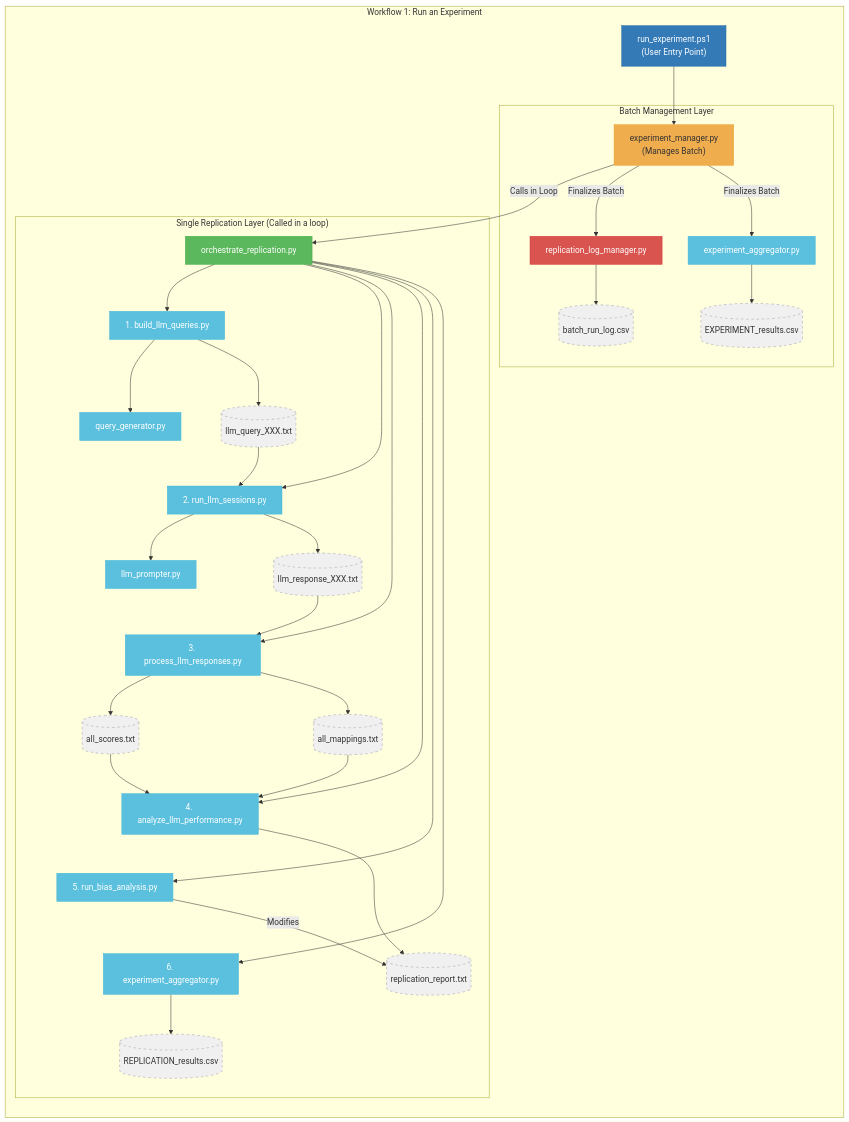
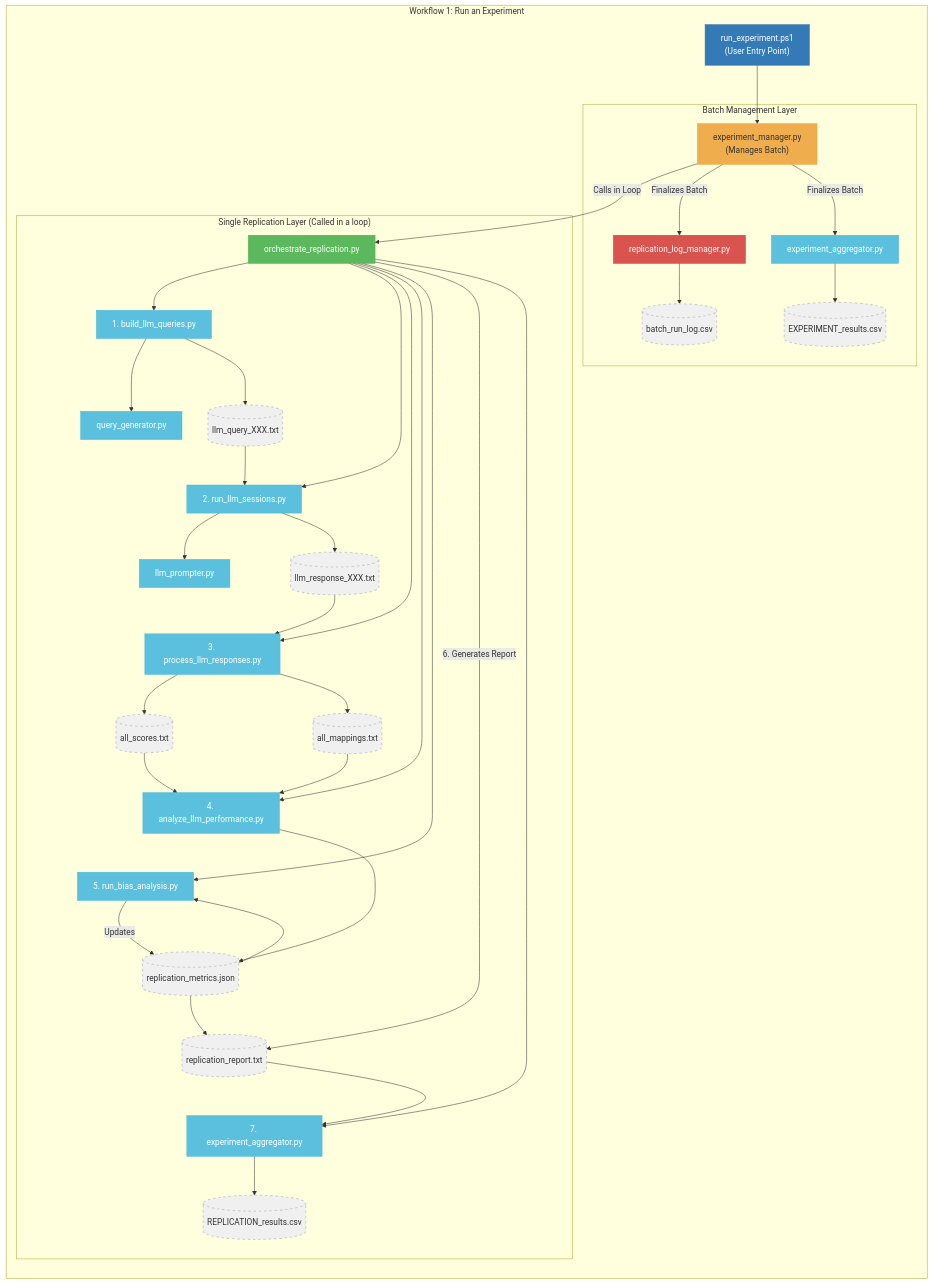
Before and after one commit to peterjmarko/llm-narrative-framework: the diagram in docs/diagrams/architecture_workflow_1_run_experiment.mmd, drawn with Mermaid. The commit also changed 5 other files, not shown here.

First line of the commit message:
fix(pipeline): restore correct replication pipeline sequence

```diff
--- a/docs/diagrams/architecture_workflow_1_run_experiment.mmd
+++ b/docs/diagrams/architecture_workflow_1_run_experiment.mmd
@@ -1,97 +1,103 @@
 graph TD
     %% 1. Define all nodes first
     EntryPoint["run_experiment.ps1<br/>(User Entry Point)"]:::entry
     BatchManager["experiment_manager.py<br/>(Manages Batch)"]:::layer_orange
     LogManager["replication_log_manager.py"]:::danger
     BatchLog[("batch_run_log.csv")]:::artifact
     FinalAggregator["experiment_aggregator.py"]:::script
     ReplResults[("REPLICATION_results.csv")]:::artifact
     ExpResults[("EXPERIMENT_results.csv")]:::artifact
     
     ReplicationOrchestrator["orchestrate_replication.py"]:::layer_green
     BuildQueries["1. build_llm_queries.py"]:::script
     QueryGenerator["query_generator.py"]:::script
     LLMQueries[("llm_query_XXX.txt")]:::artifact
     RunSessions["2. run_llm_sessions.py"]:::script
     LLMPrompter["llm_prompter.py"]:::script
     LLMResponses[("llm_response_XXX.txt")]:::artifact
     ProcessResponses["3. process_llm_responses.py"]:::script
     AllScores[("all_scores.txt")]:::artifact
     AllMappings[("all_mappings.txt")]:::artifact
     AnalyzePerformance["4. analyze_llm_performance.py"]:::script
     BiasAnalysis["5. run_bias_analysis.py"]:::script
-    Aggregator["6. experiment_aggregator.py"]:::script
+    ReplicationMetrics[("replication_metrics.json")]:::artifact
     ReplicationReport[("replication_report.txt")]:::artifact
+    Aggregator["7. experiment_aggregator.py"]:::script
 
     %% 2. Define connections
     EntryPoint --> BatchManager
     BatchManager -- "Calls in Loop" --> ReplicationOrchestrator
     BatchManager -- "Finalizes Batch" --> LogManager
     LogManager --> BatchLog
     
     %% The orchestrator now handles the full 6-stage replication pipeline
     ReplicationOrchestrator --> BuildQueries
     ReplicationOrchestrator --> RunSessions
     ReplicationOrchestrator --> ProcessResponses
     ReplicationOrchestrator --> AnalyzePerformance
     ReplicationOrchestrator --> BiasAnalysis
+    ReplicationOrchestrator -- "6. Generates Report" --> ReplicationReport
     ReplicationOrchestrator --> Aggregator
 
     %% Add invisible links to force the visual order of the stages
-    BuildQueries ~~~ RunSessions ~~~ ProcessResponses ~~~ AnalyzePerformance ~~~ BiasAnalysis ~~~ Aggregator
+    BuildQueries ~~~ RunSessions ~~~ ProcessResponses ~~~ AnalyzePerformance ~~~ BiasAnalysis ~~~ ReplicationReport ~~~ Aggregator
 
     BatchManager -- "Finalizes Batch" --> FinalAggregator
     FinalAggregator --> ExpResults
     Aggregator --> ReplResults
 
     BuildQueries --> QueryGenerator
     BuildQueries --> LLMQueries
     LLMQueries --> RunSessions
     RunSessions --> LLMPrompter
     RunSessions --> LLMResponses
     LLMResponses --> ProcessResponses
     ProcessResponses --> AllScores
     ProcessResponses --> AllMappings
     AllScores --> AnalyzePerformance
     AllMappings --> AnalyzePerformance
-    AnalyzePerformance --> ReplicationReport
-    BiasAnalysis -- "Modifies" --> ReplicationReport
+    AnalyzePerformance --> ReplicationMetrics
+    ReplicationMetrics --> BiasAnalysis
+    BiasAnalysis -- "Updates" --> ReplicationMetrics
+    ReplicationMetrics --> ReplicationReport
+    ReplicationReport --> Aggregator
 
     %% 3. Group nodes into subgraphs using their IDs
     subgraph "Workflow 1: Run an Experiment"
         direction TB
         EntryPoint
         subgraph "Batch Management Layer"
             BatchManager
             LogManager
             BatchLog
             FinalAggregator
             ExpResults
         end
         
         subgraph "Single Replication Layer (Called in a loop)"
             ReplicationOrchestrator
             BuildQueries
             QueryGenerator
             LLMQueries
             RunSessions
             LLMPrompter
             LLMResponses
             ProcessResponses
             AllScores
             AllMappings
             AnalyzePerformance
             BiasAnalysis
             Aggregator
+            ReplicationMetrics
             ReplicationReport
             ReplResults
         end
     end
 
     %% 4. Styling
     classDef entry fill:#337ab7,stroke:#2e6da4,color:#fff;
     classDef layer_orange fill:#f0ad4e,stroke:#eea236,color:#333;
     classDef layer_green fill:#5cb85c,stroke:#4cae4c,color:#fff;
     classDef script fill:#5bc0de,stroke:#46b8da,color:#fff;
     classDef danger fill:#d9534f,stroke:#d43f3a,color:#fff;
     classDef artifact fill:#f0f0f0,stroke:#ccc,stroke-width:2px,stroke-dasharray: 5 5;
```
